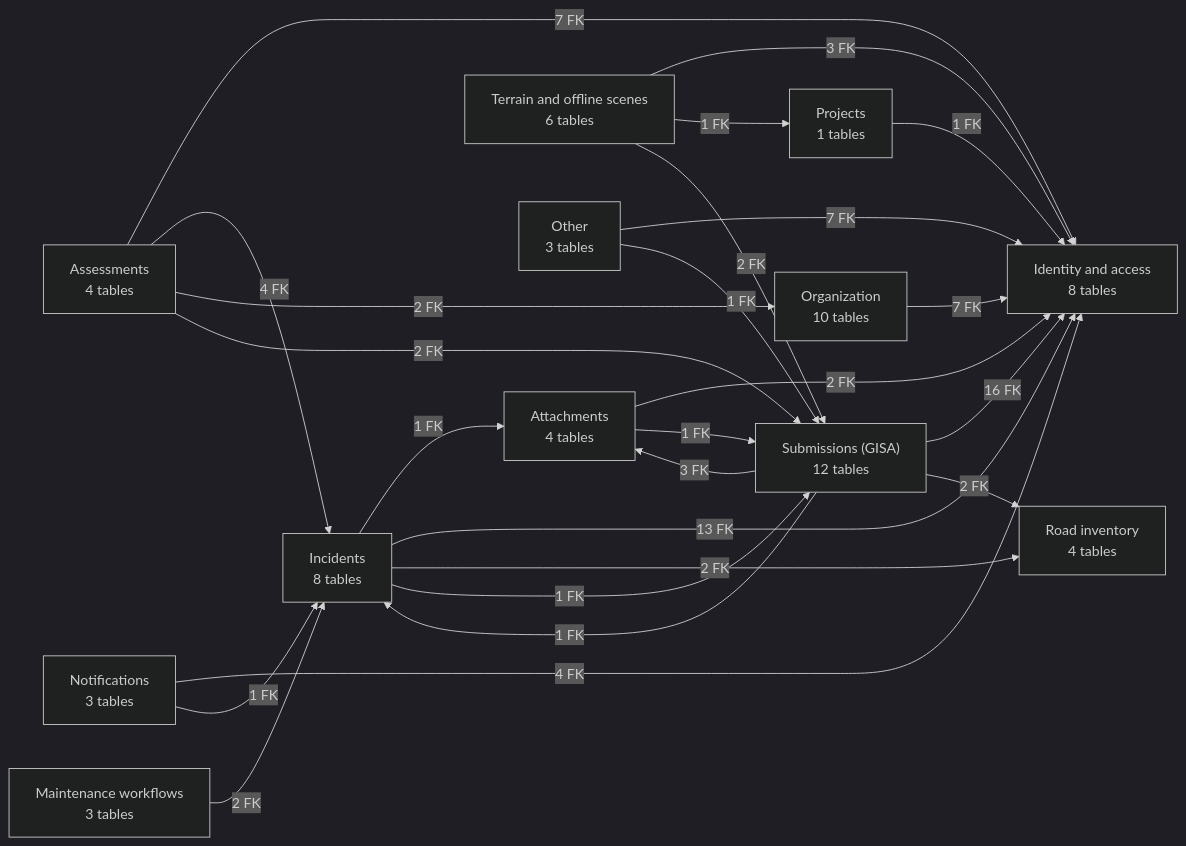
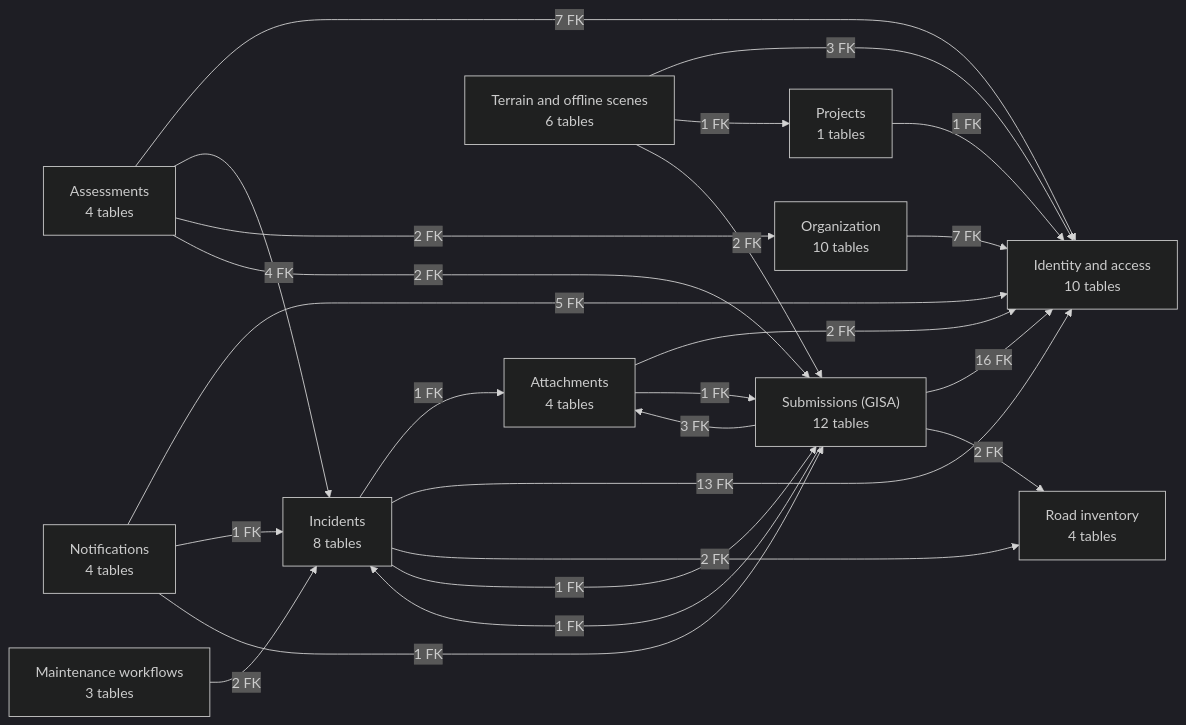
Before and after one commit to Alexeitor292/ERIS_REACT_native: the first of 12 diagrams in docs/data/erd.md, drawn with Mermaid (dark theme). The commit also changed other lines of this file and 338 other files, not shown here.

````diff
--- a/docs/data/erd.md
+++ b/docs/data/erd.md
@@ -9,39 +9,37 @@
 ```mermaid
 flowchart LR
-    identity_and_access["Identity and access<br/>8 tables"]
+    identity_and_access["Identity and access<br/>10 tables"]
     organization["Organization<br/>10 tables"]
     incidents["Incidents<br/>8 tables"]
     assessments["Assessments<br/>4 tables"]
     submissions_gisa["Submissions (GISA)<br/>12 tables"]
     attachments["Attachments<br/>4 tables"]
-    notifications["Notifications<br/>3 tables"]
+    notifications["Notifications<br/>4 tables"]
     maintenance_workflows["Maintenance workflows<br/>3 tables"]
     projects["Projects<br/>1 tables"]
     road_inventory["Road inventory<br/>4 tables"]
     terrain_and_offline_scenes["Terrain and offline scenes<br/>6 tables"]
-    other["Other<br/>3 tables"]
     assessments -->|7 FK| identity_and_access
     assessments -->|4 FK| incidents
     assessments -->|2 FK| organization
     assessments -->|2 FK| submissions_gisa
     attachments -->|2 FK| identity_and_access
     attachments -->|1 FK| submissions_gisa
     incidents -->|1 FK| attachments
     incidents -->|13 FK| identity_and_access
     incidents -->|2 FK| road_inventory
     incidents -->|1 FK| submissions_gisa
     maintenance_workflows -->|2 FK| incidents
-    notifications -->|4 FK| identity_and_access
+    notifications -->|5 FK| identity_and_access
     notifications -->|1 FK| incidents
+    notifications -->|1 FK| submissions_gisa
     organization -->|7 FK| identity_and_access
-    other -->|7 FK| identity_and_access
-    other -->|1 FK| submissions_gisa
     projects -->|1 FK| identity_and_access
     submissions_gisa -->|3 FK| attachments
     submissions_gisa -->|16 FK| identity_and_access
     submissions_gisa -->|1 FK| incidents
     submissions_gisa -->|2 FK| road_inventory
     terrain_and_offline_scenes -->|3 FK| identity_and_access
     terrain_and_offline_scenes -->|1 FK| projects
     terrain_and_offline_scenes -->|2 FK| submissions_gisa
 ```
````
